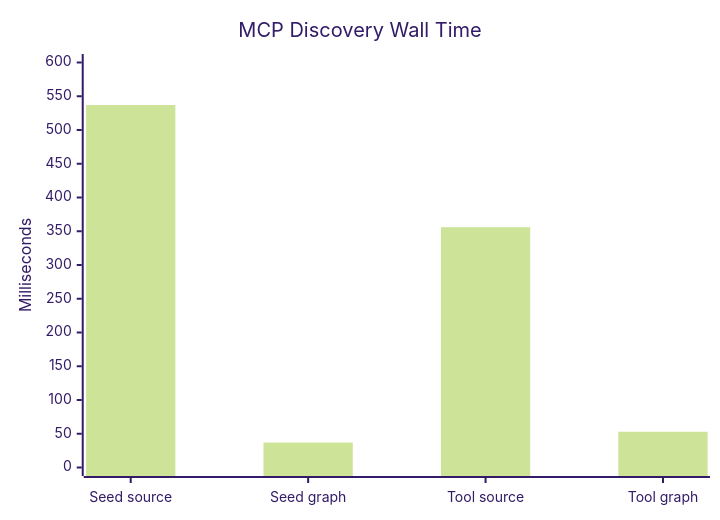
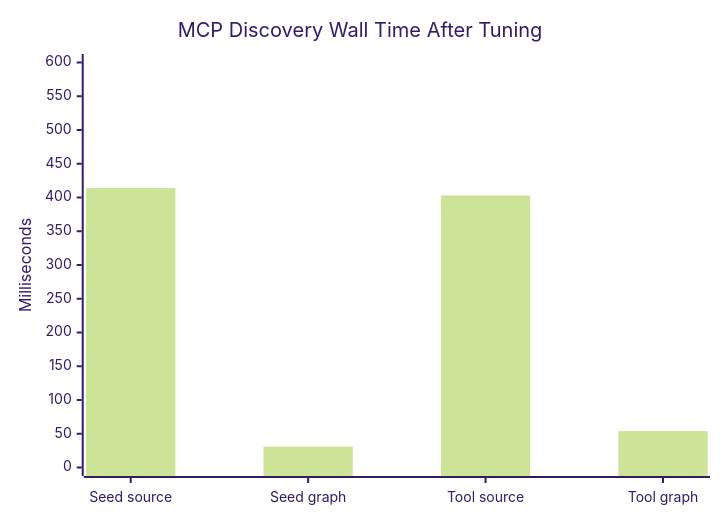
One commit to OpenDigitalProductFactory/opendigitalproductfactory changed the second of 4 diagrams in docs/superpowers/audits/2026-05-13-code-intelligence-benchmark-report.md. Above: the diagram before and after it, drawn with Mermaid (forest theme). The commit also changed other lines of this file and 7 other files, not shown here.

Commit message:
fix: tune code graph rebuild benchmark

````diff
--- a/docs/superpowers/audits/2026-05-13-code-intelligence-benchmark-report.md
+++ b/docs/superpowers/audits/2026-05-13-code-intelligence-benchmark-report.md
@@ -89,7 +146,7 @@
 ```mermaid
 xychart-beta
-  title "MCP Discovery Wall Time"
+  title "MCP Discovery Wall Time After Tuning"
   x-axis ["Seed source", "Seed graph", "Tool source", "Tool graph"]
   y-axis "Milliseconds" 0 --> 600
-  bar [537, 37, 356, 53]
+  bar [414, 31, 403, 54]
 ```
````
